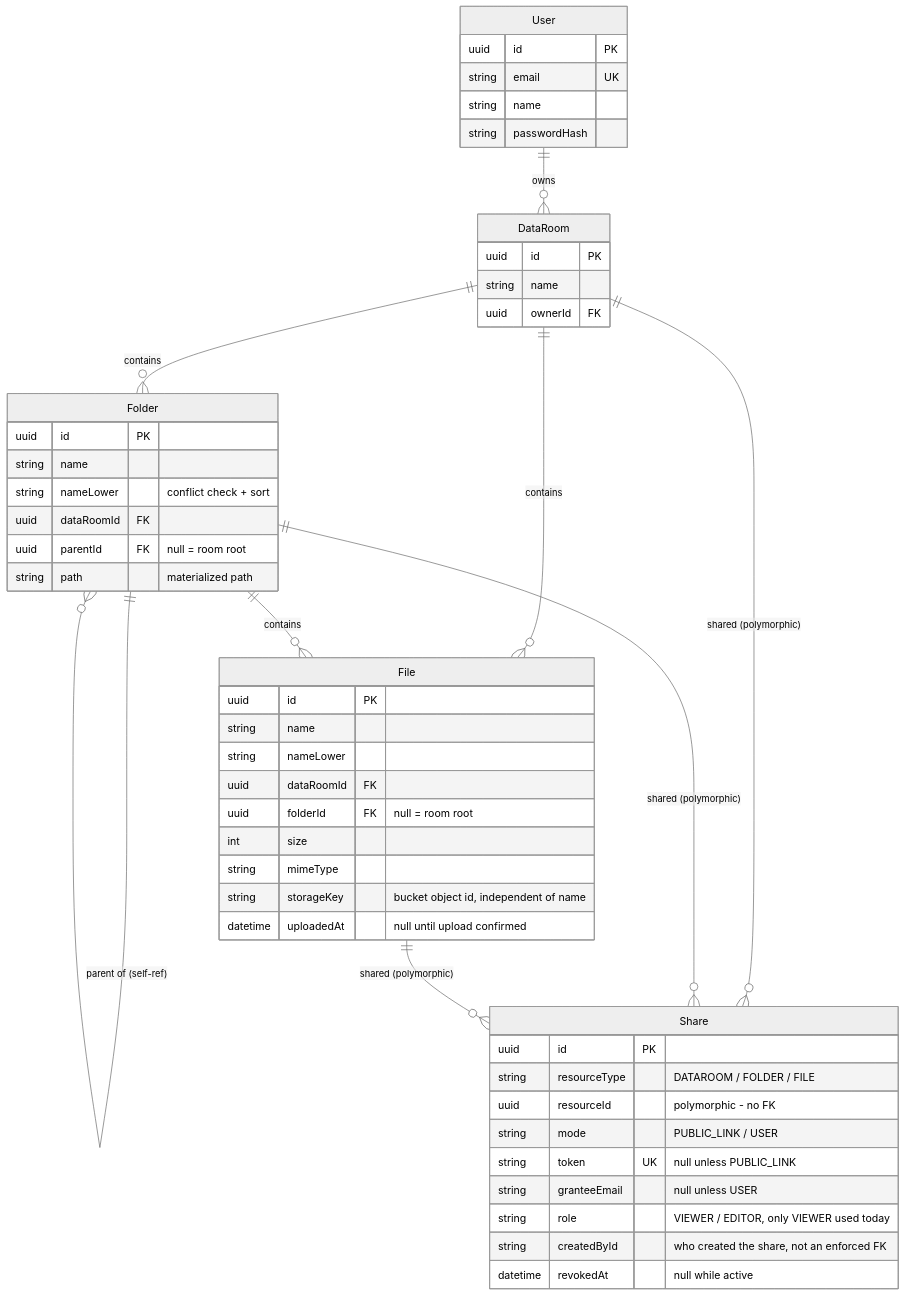
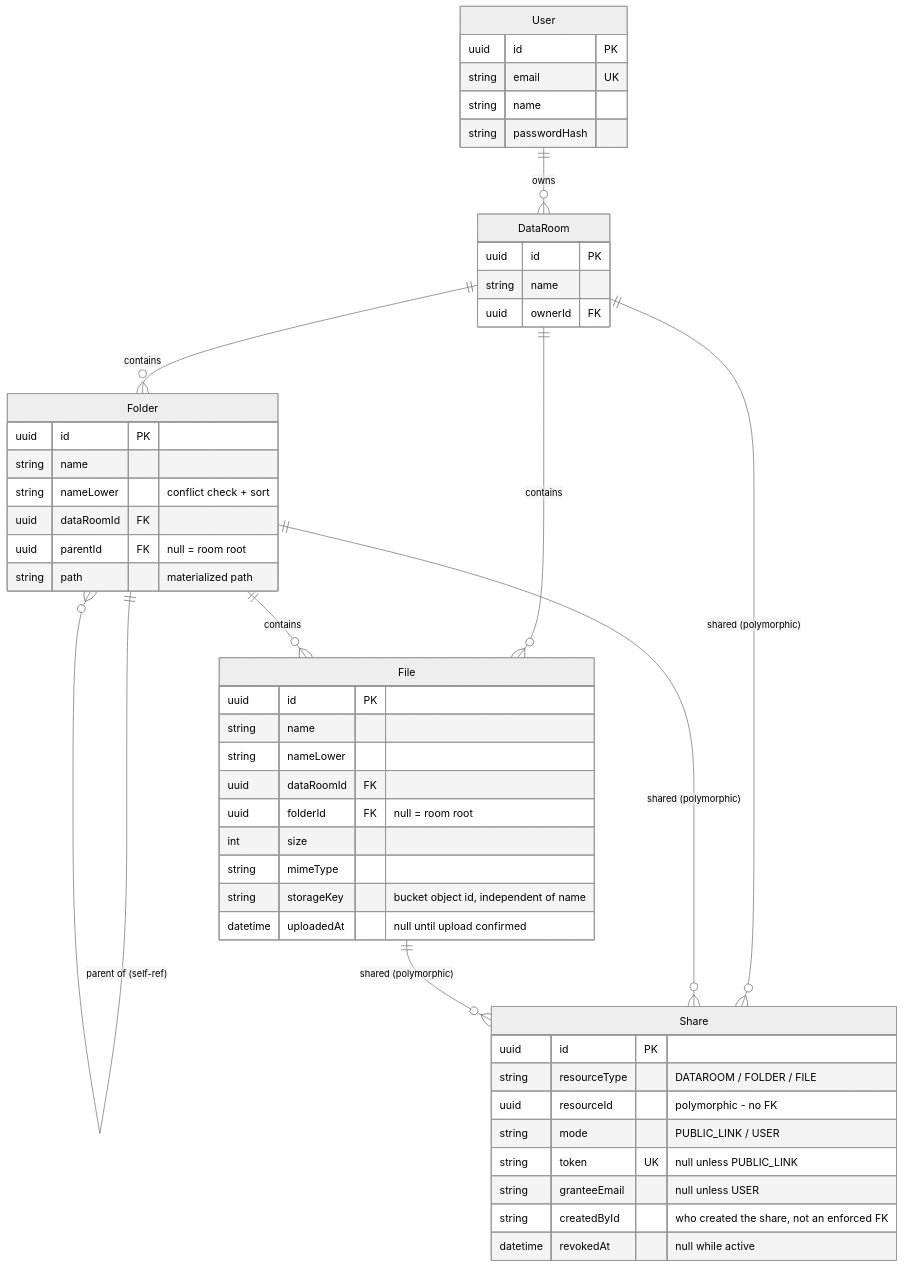
Before and after one commit to evo9/virtual-data-room: the diagram in README.md, drawn with Mermaid (neutral theme). The commit also changed other lines of this file and 11 other files, not shown here.

````diff
--- a/README.md
+++ b/README.md
@@ -93,53 +93,52 @@
 ```mermaid
 erDiagram
     User ||--o{ DataRoom : owns
     DataRoom ||--o{ Folder : contains
     DataRoom ||--o{ File : contains
     Folder ||--o{ Folder : "parent of (self-ref)"
     Folder ||--o{ File : contains
     DataRoom ||--o{ Share : "shared (polymorphic)"
     Folder ||--o{ Share : "shared (polymorphic)"
     File ||--o{ Share : "shared (polymorphic)"
 
     User {
         uuid id PK
         string email UK
         string name
         string passwordHash
     }
     DataRoom {
         uuid id PK
         string name
         uuid ownerId FK
     }
     Folder {
         uuid id PK
         string name
         string nameLower "conflict check + sort"
         uuid dataRoomId FK
         uuid parentId FK "null = room root"
         string path "materialized path"
     }
     File {
         uuid id PK
         string name
         string nameLower
         uuid dataRoomId FK
         uuid folderId FK "null = room root"
         int size
         string mimeType
         string storageKey "bucket object id, independent of name"
         datetime uploadedAt "null until upload confirmed"
     }
     Share {
         uuid id PK
         string resourceType "DATAROOM / FOLDER / FILE"
         uuid resourceId "polymorphic - no FK"
         string mode "PUBLIC_LINK / USER"
         string token UK "null unless PUBLIC_LINK"
         string granteeEmail "null unless USER"
-        string role "VIEWER / EDITOR, only VIEWER used today"
         string createdById "who created the share, not an enforced FK"
         datetime revokedAt "null while active"
     }
 ```
````
